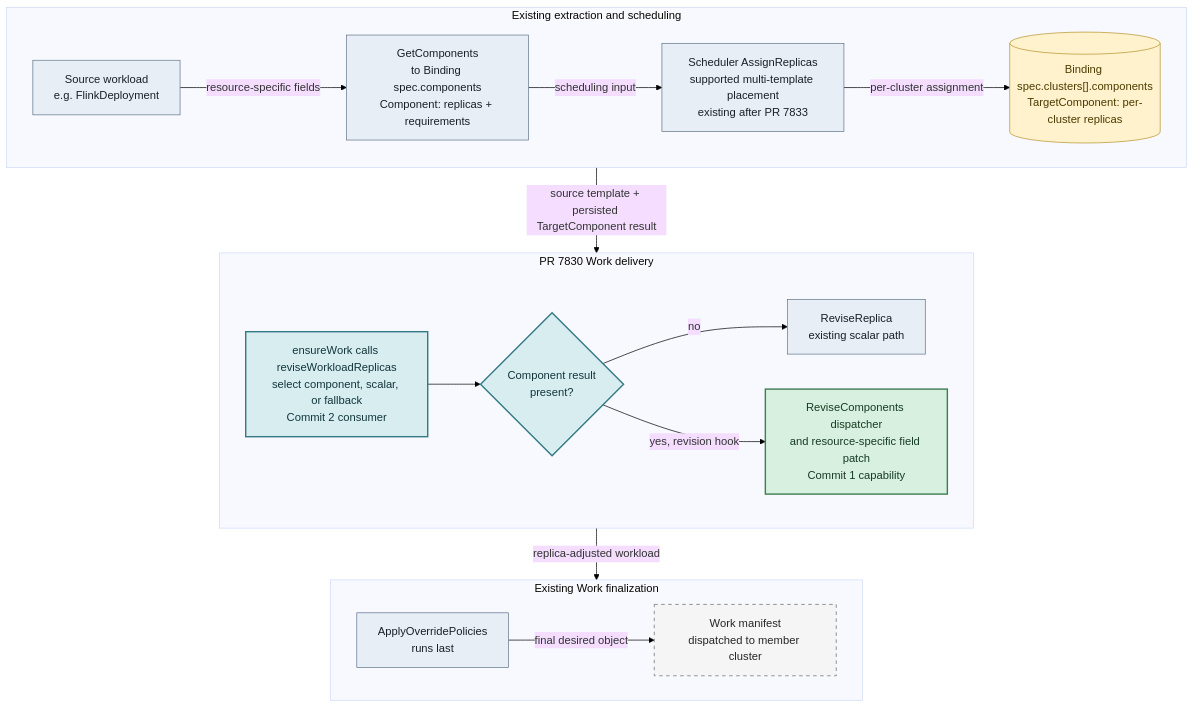
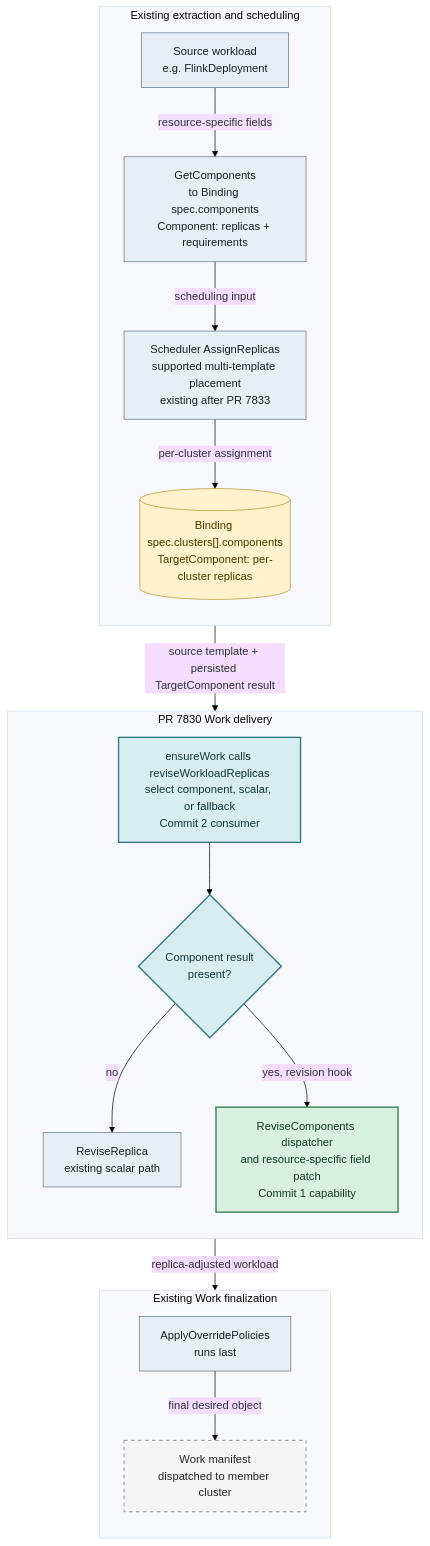
The diagram in internship-reports/day49-pr7830-component-delivery-comment-draft.md (ranxi2001/karmada), drawn with Mermaid before and after one commit. The commit also changed 1 other file, not shown here.

Commit message:
docs: make PR 7830 flow vertical

````diff
--- a/internship-reports/day49-pr7830-component-delivery-comment-draft.md
+++ b/internship-reports/day49-pr7830-component-delivery-comment-draft.md
@@ -3,53 +3,53 @@
 ```mermaid
 ---
 config:
   theme: base
   themeVariables:
     background: "#ffffff"
     fontFamily: "Arial"
   flowchart:
     curve: basis
     htmlLabels: true
 ---
 flowchart TB
     subgraph INPUT["Existing extraction and scheduling"]
-        direction LR
+        direction TB
         SOURCE["Source workload<br/>e.g. FlinkDeployment"]:::existing
         COMPONENTS["GetComponents<br/>to Binding spec.components<br/>Component: replicas + requirements"]:::existing
         SCHED["Scheduler AssignReplicas<br/>supported multi-template placement<br/>existing after PR 7833"]:::existing
         TARGET[("Binding spec.clusters[].components<br/>TargetComponent: per-cluster replicas")]:::state
 
         SOURCE -->|resource-specific fields| COMPONENTS
         COMPONENTS -->|scheduling input| SCHED
         SCHED -->|per-cluster assignment| TARGET
     end
 
     subgraph DELIVERY["PR 7830 Work delivery"]
-        direction LR
+        direction TB
         CONSUMER["ensureWork calls reviseWorkloadReplicas<br/>select component, scalar, or fallback<br/>Commit 2 consumer"]:::commit2
         HAS_RESULT{"Component result<br/>present?"}:::commit2
         SCALAR["ReviseReplica<br/>existing scalar path"]:::existing
         REVISE["ReviseComponents dispatcher<br/>and resource-specific field patch<br/>Commit 1 capability"]:::commit1
 
         CONSUMER --> HAS_RESULT
         HAS_RESULT -->|no| SCALAR
         HAS_RESULT -->|yes, revision hook| REVISE
     end
 
     subgraph OUTPUT["Existing Work finalization"]
-        direction LR
+        direction TB
         OVERRIDE["ApplyOverridePolicies<br/>runs last"]:::existing
         WORK["Work manifest<br/>dispatched to member cluster"]:::external
 
         OVERRIDE -->|final desired object| WORK
     end
 
     INPUT -->|source template + persisted TargetComponent result| DELIVERY
     DELIVERY -->|replica-adjusted workload| OUTPUT
 
     classDef existing fill:#e8eef5,stroke:#61758a,color:#17202a;
     classDef commit1 fill:#d8f0df,stroke:#3f7d52,color:#173b24,stroke-width:2px;
     classDef commit2 fill:#d8edf0,stroke:#347985,color:#12363c,stroke-width:2px;
     classDef state fill:#fff2cc,stroke:#b7922d,color:#4d3b00;
     classDef external fill:#f5f5f5,stroke:#666666,color:#262626,stroke-dasharray:5 5;
 ```
````
